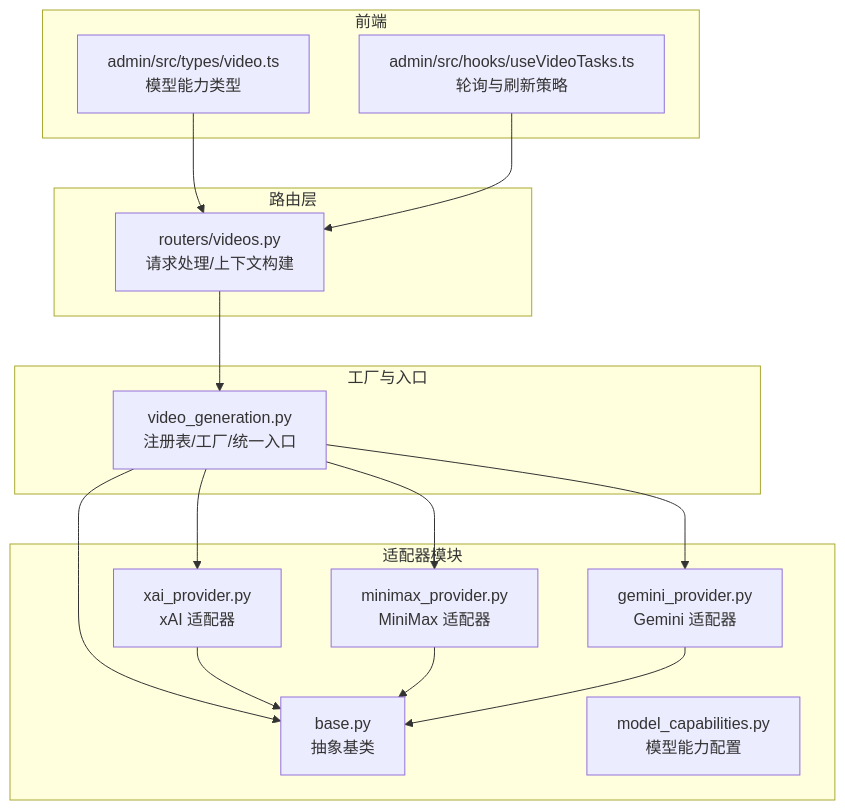
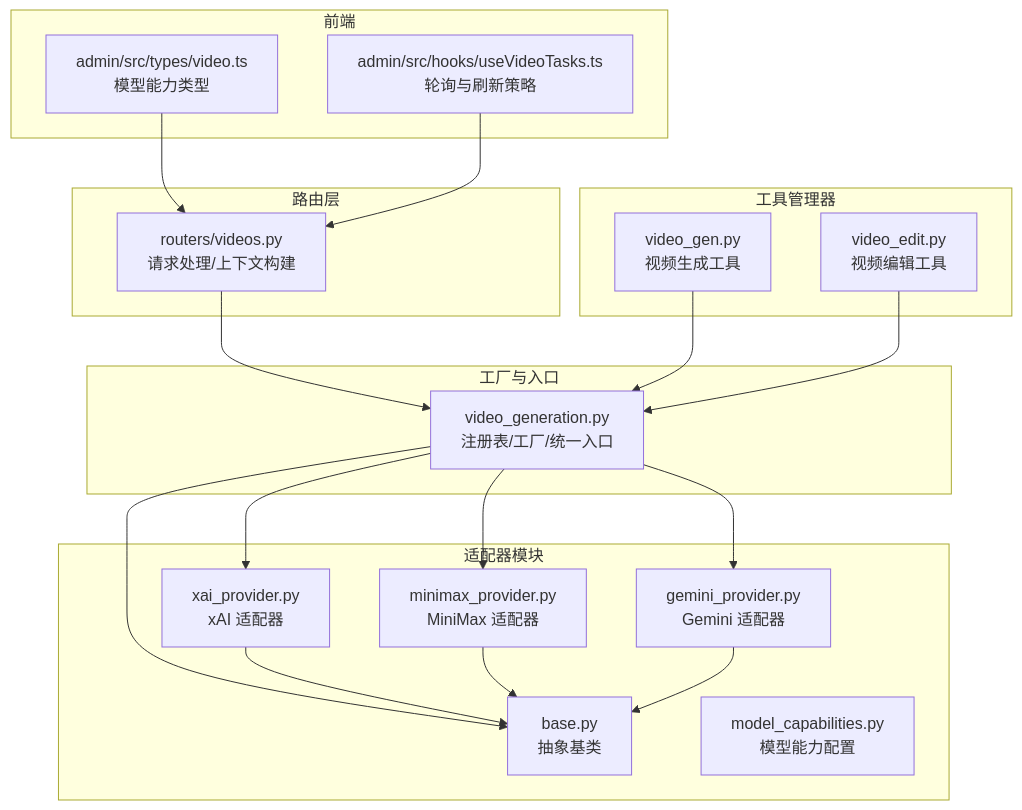
One commit to KunLabAI/KunFlix changed the first of 9 diagrams in .qoder/repowiki/zh/content/后端服务架构/业务服务层/媒体生成服务/视频提供商适配器.md. Above: the diagram before and after it, drawn with Mermaid. The commit also changed other lines of this file and 29 other files, not shown here.

````diff
--- a/.qoder/repowiki/zh/content/后端服务架构/业务服务层/媒体生成服务/视频提供商适配器.md
+++ b/.qoder/repowiki/zh/content/后端服务架构/业务服务层/媒体生成服务/视频提供商适配器.md
@@ -39,30 +51,36 @@
 ```mermaid
 graph TB
 subgraph "适配器模块"
 BASE["base.py<br/>抽象基类"]
 XAI["xai_provider.py<br/>xAI 适配器"]
 MINIMAX["minimax_provider.py<br/>MiniMax 适配器"]
 GEMINI["gemini_provider.py<br/>Gemini 适配器"]
 CAPS["model_capabilities.py<br/>模型能力配置"]
 end
 subgraph "工厂与入口"
 FACTORY["video_generation.py<br/>注册表/工厂/统一入口"]
+end
+subgraph "工具管理器"
+VIDEOGEN["video_gen.py<br/>视频生成工具"]
+VIDEOEDIT["video_edit.py<br/>视频编辑工具"]
 end
 subgraph "路由层"
 ROUTER["routers/videos.py<br/>请求处理/上下文构建"]
 end
 subgraph "前端"
 TYPES["admin/src/types/video.ts<br/>模型能力类型"]
 SWR["admin/src/hooks/useVideoTasks.ts<br/>轮询与刷新策略"]
 end
 ROUTER --> FACTORY
 FACTORY --> BASE
 FACTORY --> XAI
 FACTORY --> MINIMAX
 FACTORY --> GEMINI
+VIDEOGEN --> FACTORY
+VIDEOEDIT --> FACTORY
 XAI --> BASE
 MINIMAX --> BASE
 GEMINI --> BASE
 TYPES --> ROUTER
 SWR --> ROUTER
 ```
````
